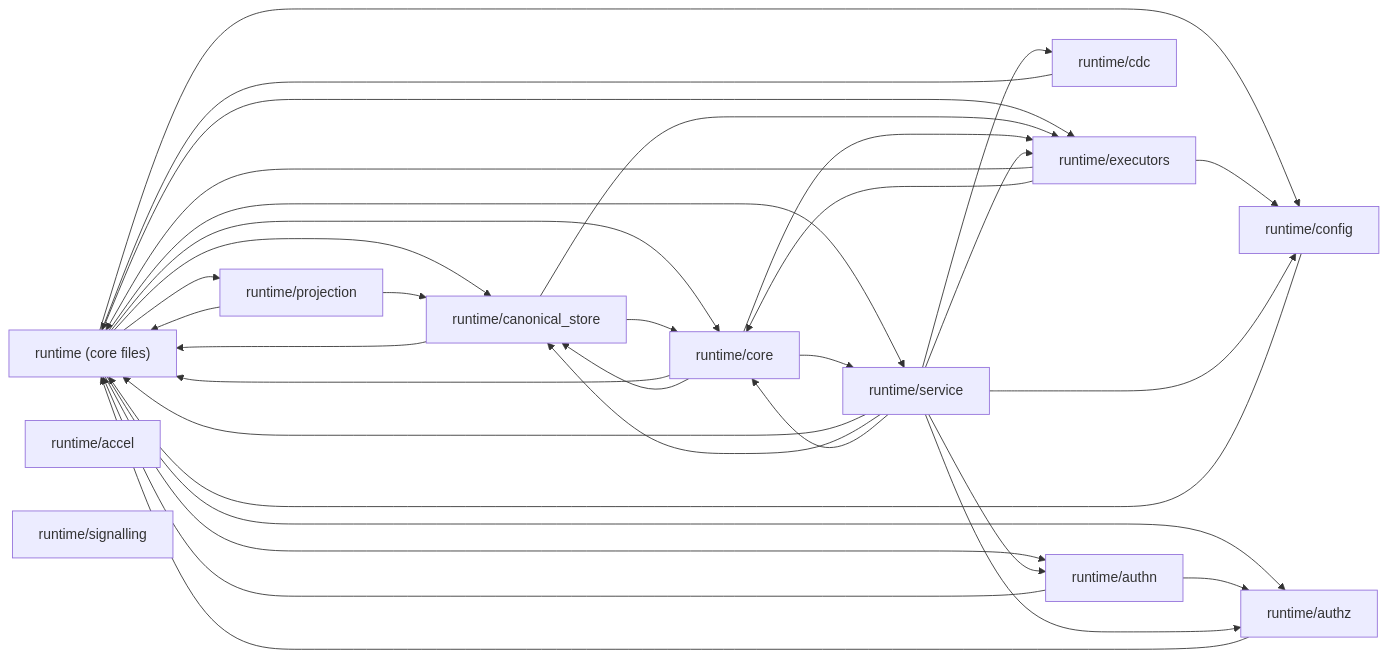
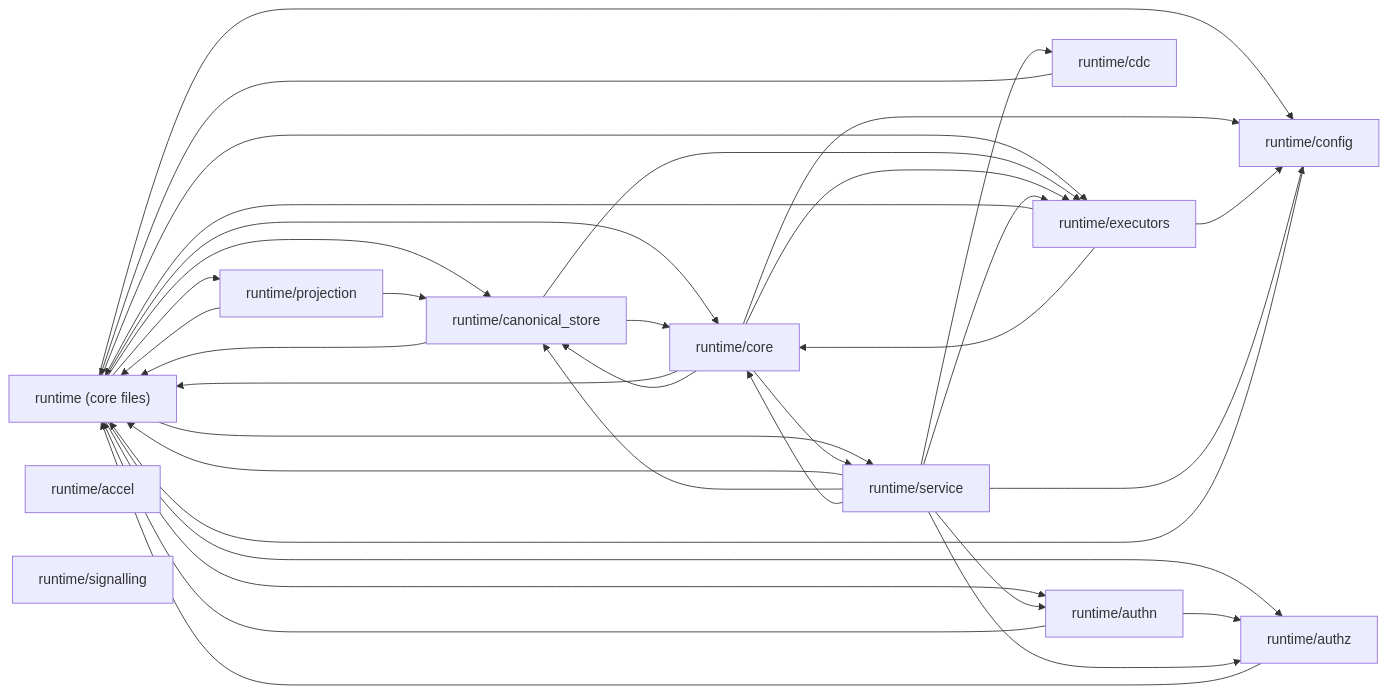
The second of 2 diagrams in docs/generated/codebase-map.md (fahara02/udb), drawn with Mermaid before and after one commit. The commit also changed other lines of this file and 3 other files, not shown here.

````diff
--- a/docs/generated/codebase-map.md
+++ b/docs/generated/codebase-map.md
@@ -56,48 +56,49 @@
 ```mermaid
 graph LR
   runtime__core_files_["runtime (core files)"]
   runtime_accel["runtime/accel"]
   runtime_authn["runtime/authn"]
   runtime_authz["runtime/authz"]
   runtime_canonical_store["runtime/canonical_store"]
   runtime_cdc["runtime/cdc"]
   runtime_config["runtime/config"]
   runtime_core["runtime/core"]
   runtime_executors["runtime/executors"]
   runtime_projection["runtime/projection"]
   runtime_service["runtime/service"]
   runtime_signalling["runtime/signalling"]
   runtime__core_files_ --> runtime_authn
   runtime__core_files_ --> runtime_authz
   runtime__core_files_ --> runtime_canonical_store
   runtime__core_files_ --> runtime_config
   runtime__core_files_ --> runtime_core
   runtime__core_files_ --> runtime_executors
   runtime__core_files_ --> runtime_projection
   runtime__core_files_ --> runtime_service
   runtime_authn --> runtime__core_files_
   runtime_authn --> runtime_authz
   runtime_authz --> runtime__core_files_
   runtime_canonical_store --> runtime__core_files_
   runtime_canonical_store --> runtime_core
   runtime_canonical_store --> runtime_executors
   runtime_cdc --> runtime__core_files_
   runtime_config --> runtime__core_files_
   runtime_core --> runtime__core_files_
   runtime_core --> runtime_canonical_store
+  runtime_core --> runtime_config
   runtime_core --> runtime_executors
   runtime_core --> runtime_service
   runtime_executors --> runtime__core_files_
   runtime_executors --> runtime_config
   runtime_executors --> runtime_core
   runtime_projection --> runtime__core_files_
   runtime_projection --> runtime_canonical_store
   runtime_service --> runtime__core_files_
   runtime_service --> runtime_authn
   runtime_service --> runtime_authz
   runtime_service --> runtime_canonical_store
   runtime_service --> runtime_cdc
   runtime_service --> runtime_config
   runtime_service --> runtime_core
   runtime_service --> runtime_executors
 ```
````
